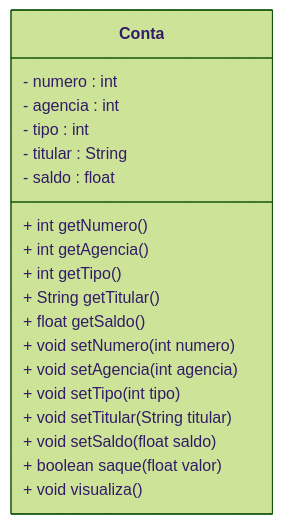
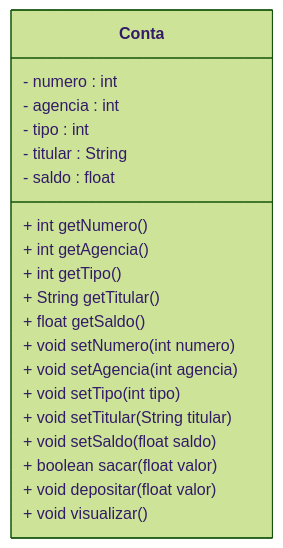
One commit to conteudoGeneration/cookbook_java_fullstack changed the diagram in 01_java/12.md. Above: the diagram before and after it, drawn with Mermaid (forest theme). The commit also changed other lines of this file, not shown here.

````diff
--- a/01_java/12.md
+++ b/01_java/12.md
@@ -200,22 +200,23 @@
 ```mermaid
 classDiagram
 class Conta {
  - numero : int
  - agencia : int
  - tipo : int
  - titular : String
  - saldo : float
  + int getNumero()
  + int getAgencia()
  + int getTipo()
  + String getTitular()
  + float getSaldo()
  + void setNumero(int numero)
  + void setAgencia(int agencia)
  + void setTipo(int tipo)
  + void setTitular(String titular)
  + void setSaldo(float saldo)
- + boolean saque(float valor)
- + void visualiza()
+ + boolean sacar(float valor)
+ + void depositar(float valor)
+ + void visualizar()
 }
 ```
````
